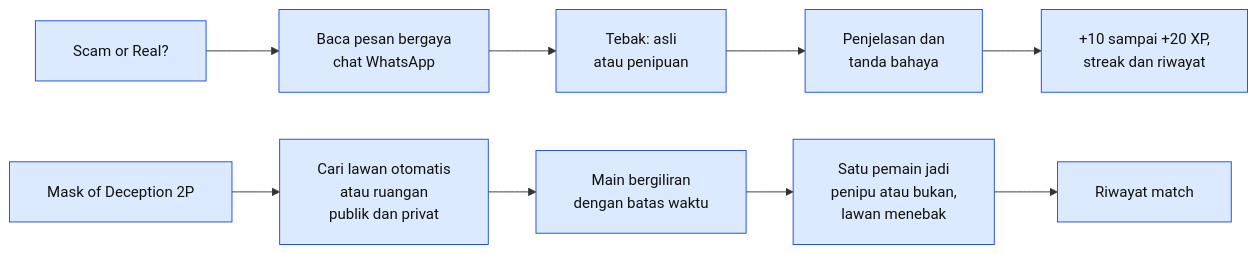
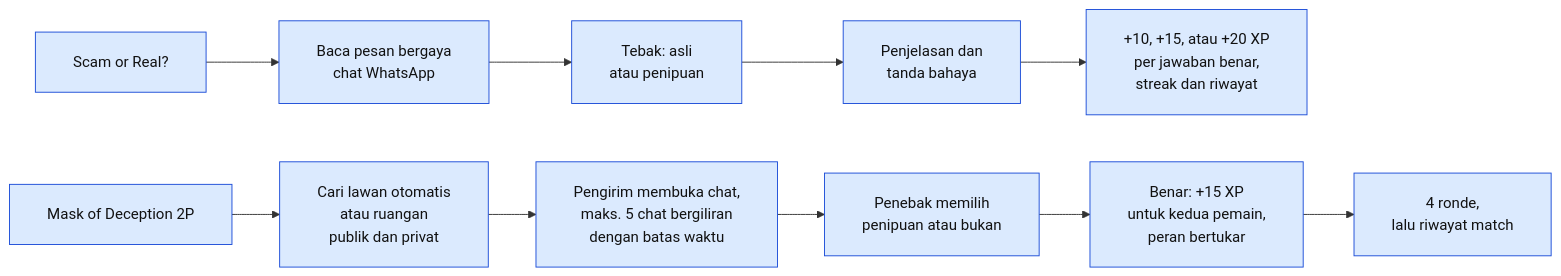
One commit to ZaidAlHibb/ITIHIX changed the sixth of 12 diagrams in README.md. Above: the diagram before and after it, drawn with Mermaid. The commit also changed other lines of this file, not shown here.

````diff
--- a/README.md
+++ b/README.md
@@ -327,14 +352,15 @@
 ```mermaid
 %%{init: {"flowchart": {"htmlLabels": false, "padding": 20}, "themeVariables": {"fontFamily": "Arial, Helvetica, sans-serif"}}}%%
 flowchart LR
     A[Scam or Real?] --> B[Baca pesan bergaya<br/>chat WhatsApp]
     B --> C[Tebak: asli<br/>atau penipuan]
     C --> D[Penjelasan dan<br/>tanda bahaya]
-    D --> E[+10 sampai +20 XP,<br/>streak dan riwayat]
+    D --> E[+10, +15, atau +20 XP<br/>per jawaban benar,<br/>streak dan riwayat]
     F[Mask of Deception 2P] --> G[Cari lawan otomatis<br/>atau ruangan<br/>publik dan privat]
-    G --> H[Main bergiliran<br/>dengan batas waktu]
-    H --> I[Satu pemain jadi<br/>penipu atau bukan,<br/>lawan menebak]
-    I --> J[Riwayat match]
+    G --> H[Pengirim membuka chat,<br/>maks. 5 chat bergiliran<br/>dengan batas waktu]
+    H --> I[Penebak memilih<br/>penipuan atau bukan]
+    I --> J[Benar: +15 XP<br/>untuk kedua pemain,<br/>peran bertukar]
+    J --> K[4 ronde,<br/>lalu riwayat match]
     classDef user fill:#dbeafe,stroke:#1d4ed8,color:#111111
-    class A,B,C,D,E,F,G,H,I,J user
+    class A,B,C,D,E,F,G,H,I,J,K user
 ```
````
